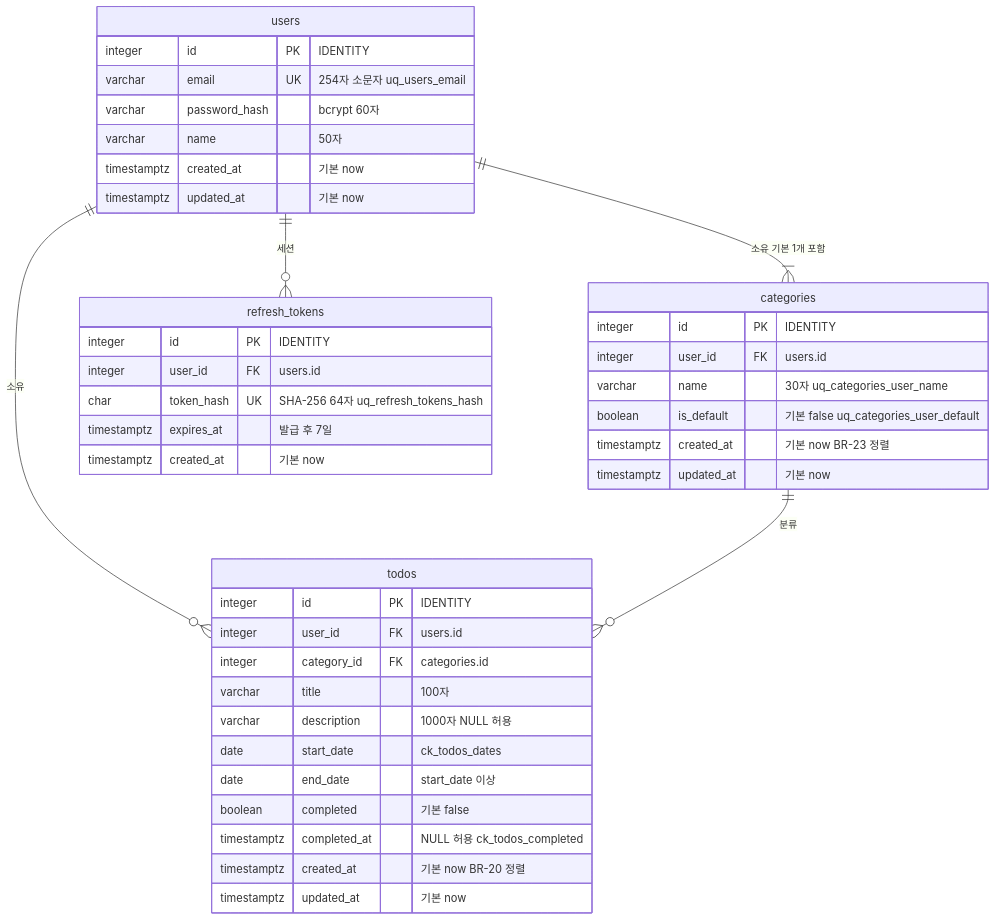
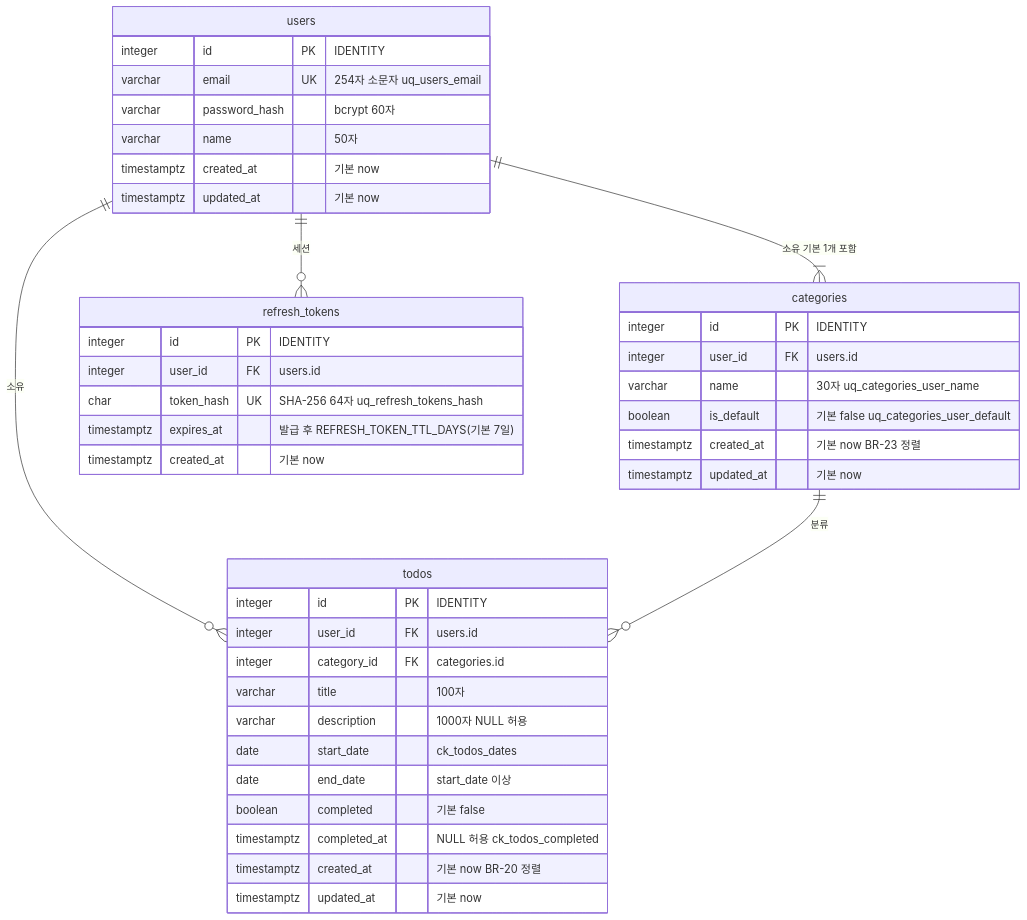
The second of 2 diagrams in docs/7-erd.md (pomyeong/todolist-app), drawn with Mermaid before and after one commit. The commit also changed other lines of this file and 4 other files, not shown here.

````diff
--- a/docs/7-erd.md
+++ b/docs/7-erd.md
@@ -100,44 +102,44 @@
 ```mermaid
 erDiagram
     users ||--|{ categories : "소유 기본 1개 포함"
     users ||--o{ todos : "소유"
     categories ||--o{ todos : "분류"
     users ||--o{ refresh_tokens : "세션"
 
     users {
         integer id PK "IDENTITY"
         varchar email UK "254자 소문자 uq_users_email"
         varchar password_hash "bcrypt 60자"
         varchar name "50자"
         timestamptz created_at "기본 now"
         timestamptz updated_at "기본 now"
     }
     categories {
         integer id PK "IDENTITY"
         integer user_id FK "users.id"
         varchar name "30자 uq_categories_user_name"
         boolean is_default "기본 false uq_categories_user_default"
         timestamptz created_at "기본 now BR-23 정렬"
         timestamptz updated_at "기본 now"
     }
     todos {
         integer id PK "IDENTITY"
         integer user_id FK "users.id"
         integer category_id FK "categories.id"
         varchar title "100자"
         varchar description "1000자 NULL 허용"
         date start_date "ck_todos_dates"
         date end_date "start_date 이상"
         boolean completed "기본 false"
         timestamptz completed_at "NULL 허용 ck_todos_completed"
         timestamptz created_at "기본 now BR-20 정렬"
         timestamptz updated_at "기본 now"
     }
     refresh_tokens {
         integer id PK "IDENTITY"
         integer user_id FK "users.id"
         char token_hash UK "SHA-256 64자 uq_refresh_tokens_hash"
-        timestamptz expires_at "발급 후 7일"
+        timestamptz expires_at "발급 후 REFRESH_TOKEN_TTL_DAYS(기본 7일)"
         timestamptz created_at "기본 now"
     }
 ```
````
